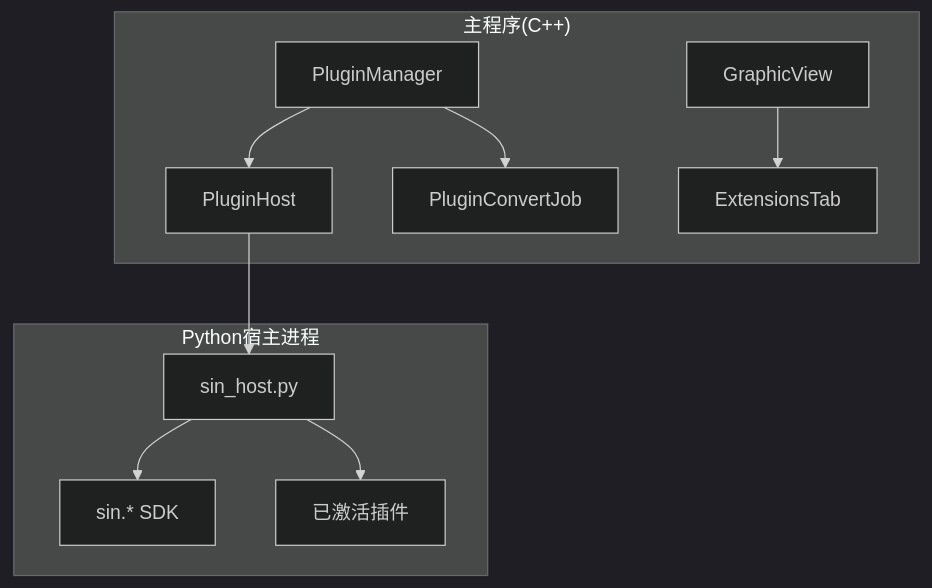
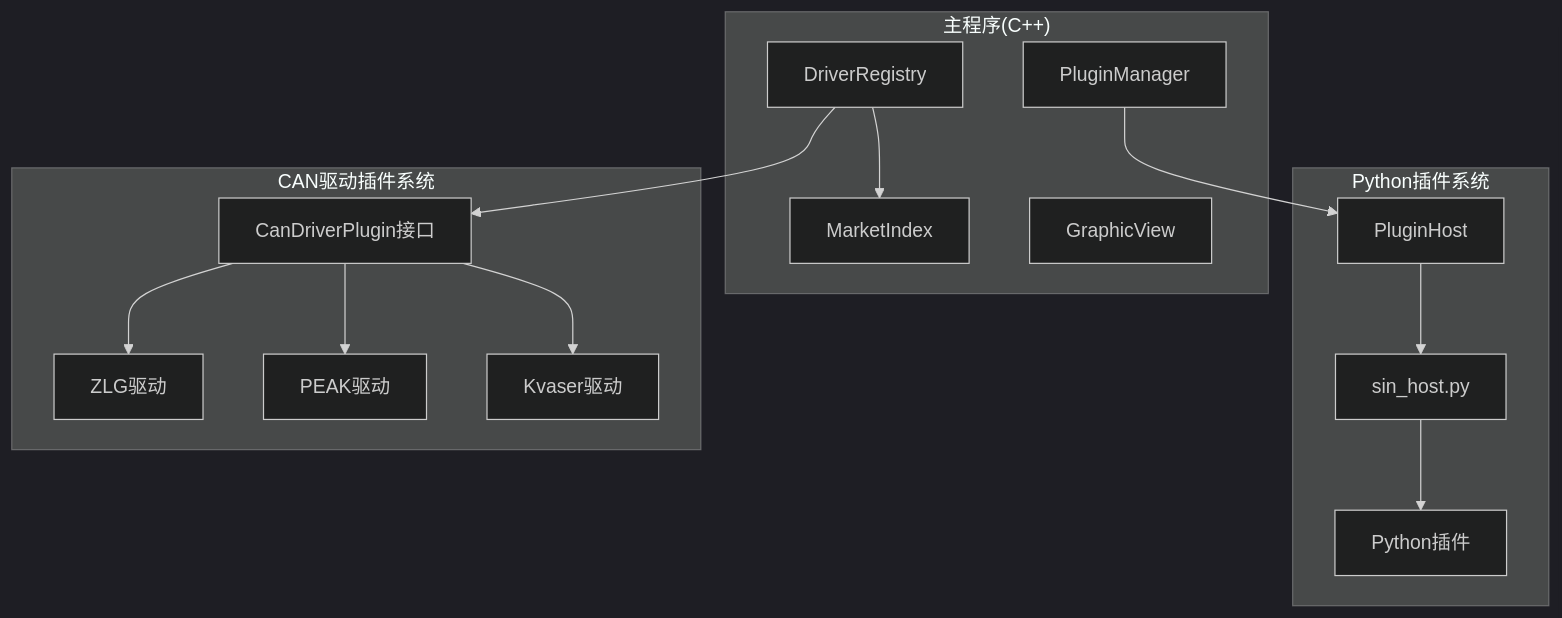
Before and after one commit to jakecai1225-design/OpenBus: the first of 3 diagrams in .qoder/repowiki/zh/content/架构设计/插件系统架构/插件系统架构.md, drawn with Mermaid (dark theme). The commit also changed other lines of this file and 40 other files, not shown here.

````diff
--- a/.qoder/repowiki/zh/content/架构设计/插件系统架构/插件系统架构.md
+++ b/.qoder/repowiki/zh/content/架构设计/插件系统架构/插件系统架构.md
@@ -55,21 +65,28 @@
 ```mermaid
 graph TB
 subgraph "主程序(C++)"
 PM["PluginManager"]
+DR["DriverRegistry"]
+MI["MarketIndex"]
+GV["GraphicView"]
+end
+subgraph "Python插件系统"
 PH["PluginHost"]
-PCJ["PluginConvertJob"]
-GV["GraphicView"]
-ET["ExtensionsTab"]
+SH["sin_host.py"]
+PLUGINS["Python插件"]
 end
-subgraph "Python宿主进程"
-SH["sin_host.py"]
-SDK["sin.* SDK"]
-PLUGINS["已激活插件"]
+subgraph "CAN驱动插件系统"
+CDP["CanDriverPlugin接口"]
+ZLG["ZLG驱动"]
+PEAK["PEAK驱动"]
+KVASER["Kvaser驱动"]
 end
 PM --> PH
 PH --> SH
-SH --> SDK
 SH --> PLUGINS
-PM --> PCJ
-GV --> ET
+DR --> CDP
+CDP --> ZLG
+CDP --> PEAK
+CDP --> KVASER
+DR --> MI
 ```
````
